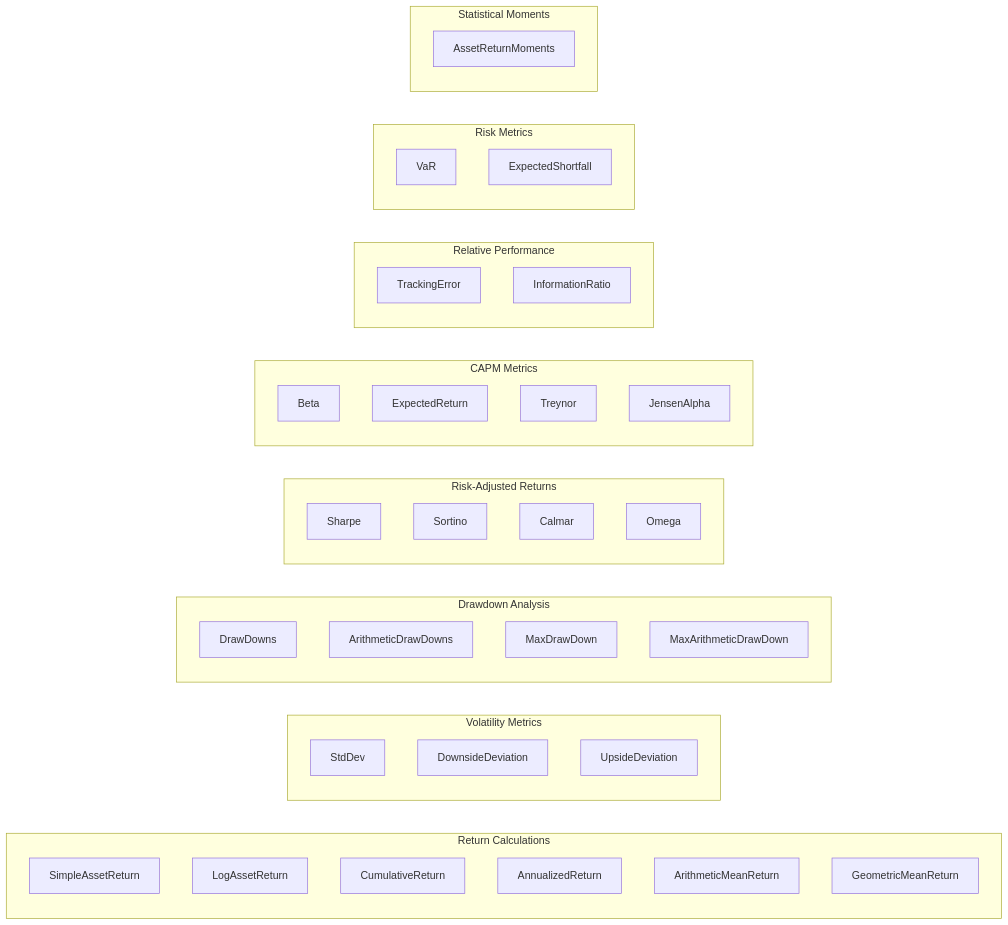
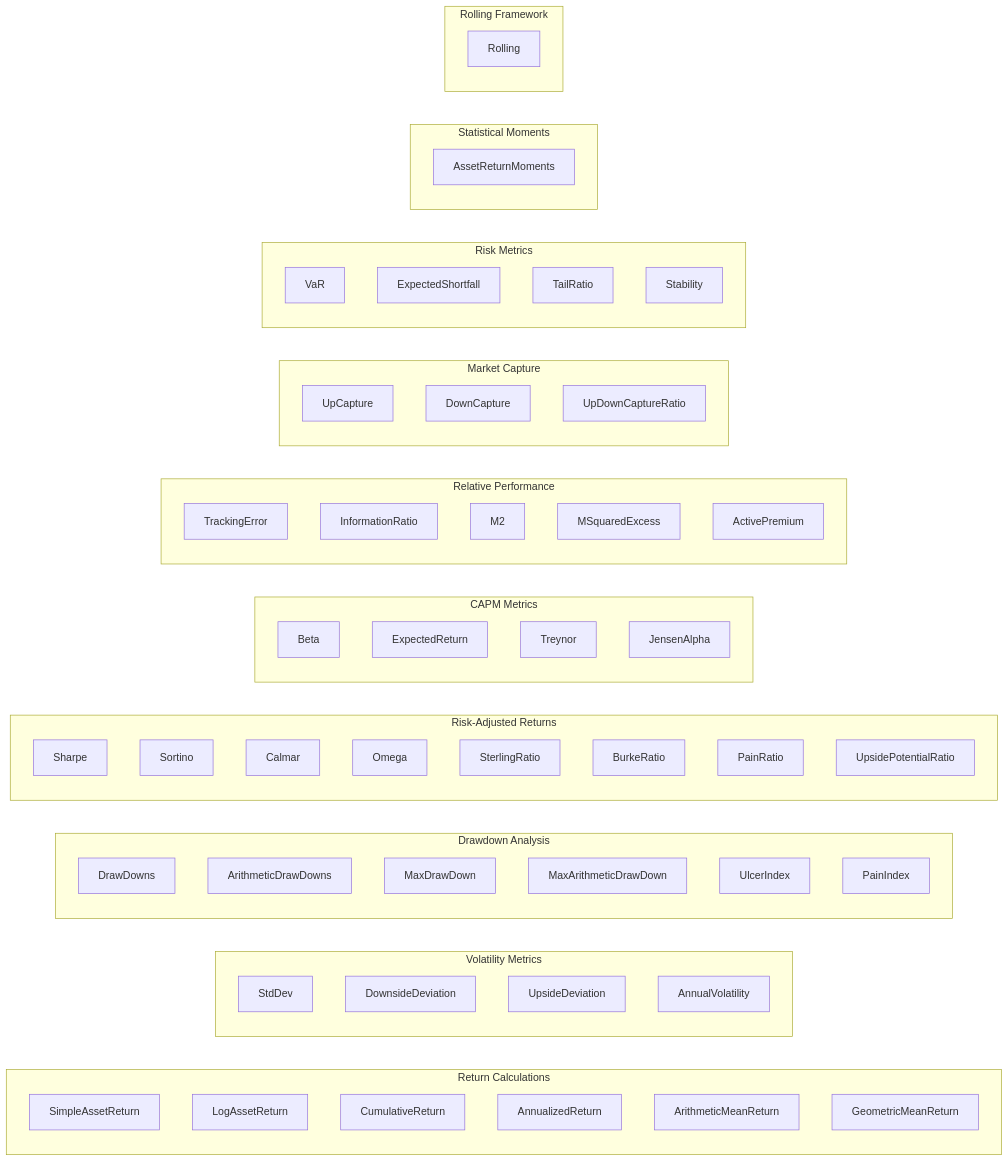
One commit to femtotrader/OnlinePortfolioAnalytics.jl changed the second of 8 diagrams in WIKI.md. Above: the diagram before and after it, drawn with Mermaid. The commit also changed other lines of this file and 1 other file, not shown here.

````diff
--- a/WIKI.md
+++ b/WIKI.md
@@ -105,52 +110,74 @@
 ```mermaid
 flowchart LR
     subgraph Returns["Return Calculations"]
         SAR[SimpleAssetReturn]
         LAR[LogAssetReturn]
         CR[CumulativeReturn]
         AR[AnnualizedReturn]
         AMR[ArithmeticMeanReturn]
         GMR[GeometricMeanReturn]
     end
 
     subgraph Volatility["Volatility Metrics"]
         STD[StdDev]
         DD[DownsideDeviation]
         UD[UpsideDeviation]
+        AV[AnnualVolatility]
     end
 
     subgraph Drawdown["Drawdown Analysis"]
         DDS[DrawDowns]
         ADD[ArithmeticDrawDowns]
         MDD[MaxDrawDown]
         MADD[MaxArithmeticDrawDown]
+        UI[UlcerIndex]
+        PI[PainIndex]
     end
 
     subgraph RiskAdjusted["Risk-Adjusted Returns"]
         SH[Sharpe]
         SO[Sortino]
         CAL[Calmar]
         OM[Omega]
+        STR[SterlingRatio]
+        BRK[BurkeRatio]
+        PRR[PainRatio]
+        UPR[UpsidePotentialRatio]
     end
 
     subgraph CAPMMetrics["CAPM Metrics"]
         BETA[Beta]
         ER[ExpectedReturn]
         TR[Treynor]
         JA[JensenAlpha]
     end
 
     subgraph Relative["Relative Performance"]
         TE[TrackingError]
         IR[InformationRatio]
+        M2M[M2]
+        MSE[MSquaredExcess]
+        AP[ActivePremium]
+    end
+
+    subgraph Capture["Market Capture"]
+        UC[UpCapture]
+        DC[DownCapture]
+        UDCR[UpDownCaptureRatio]
     end
 
     subgraph Risk["Risk Metrics"]
         VAR[VaR]
         ES[ExpectedShortfall]
+        TLR[TailRatio]
+        STB[Stability]
     end
 
     subgraph Moments["Statistical Moments"]
         ARM[AssetReturnMoments]
     end
+
+    subgraph RollingWindow["Rolling Framework"]
+        ROL[Rolling]
+    end
 ```
````
